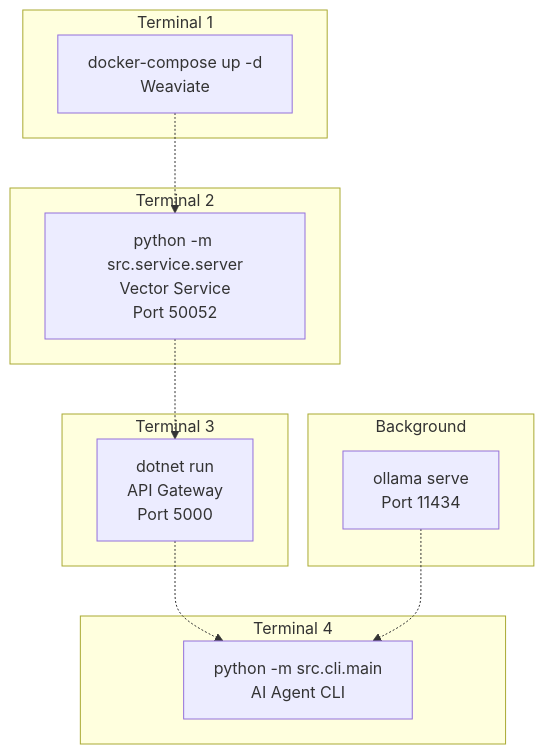
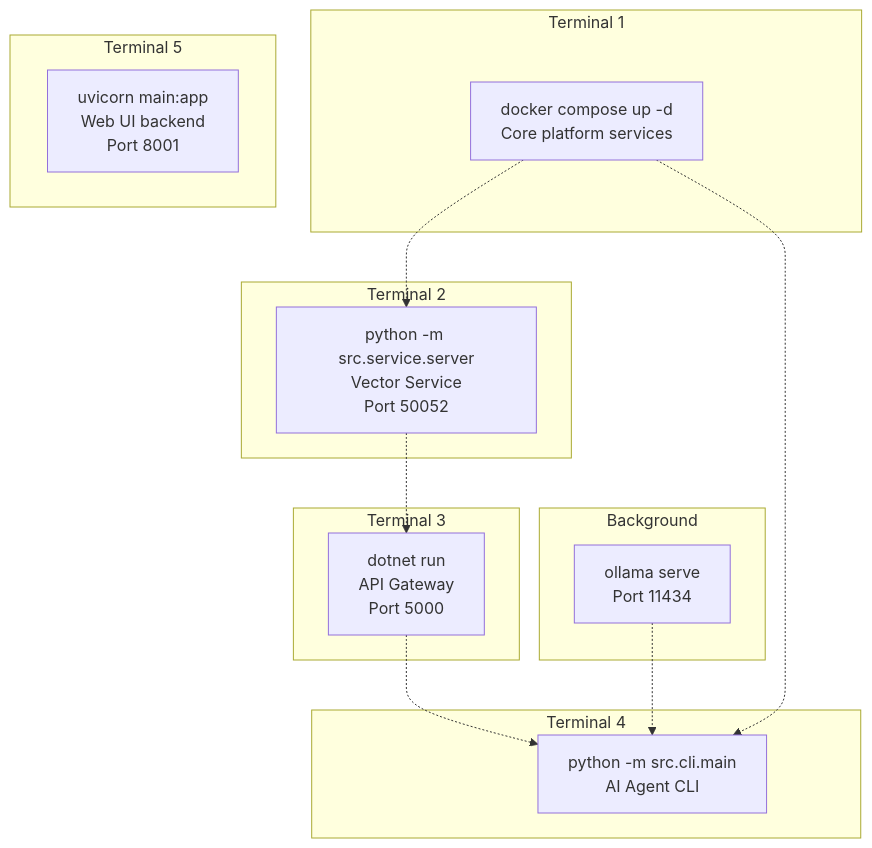
One commit to JessKelly91/IntraMind changed the sixth of 6 diagrams in docs/ARCHITECTURE.md. Above: the diagram before and after it, drawn with Mermaid. The commit also changed other lines of this file and 9 other files, not shown here.

````diff
--- a/docs/ARCHITECTURE.md
+++ b/docs/ARCHITECTURE.md
@@ -359,27 +416,32 @@
 ```mermaid
 graph TB
     subgraph "Terminal 1"
-        DC[docker-compose up -d<br/>Weaviate]
+        DC[docker compose up -d<br/>Core platform services]
     end
     
     subgraph "Terminal 2"
         VS[python -m src.service.server<br/>Vector Service<br/>Port 50052]
     end
     
     subgraph "Terminal 3"
         GW[dotnet run<br/>API Gateway<br/>Port 5000]
     end
     
     subgraph "Terminal 4"
         CLI_RUN[python -m src.cli.main<br/>AI Agent CLI]
     end
+
+    subgraph "Terminal 5"
+        WEB[uvicorn main:app<br/>Web UI backend<br/>Port 8001]
+    end
     
     subgraph "Background"
         OL[ollama serve<br/>Port 11434]
     end
     
     DC -.-> VS
     VS -.-> GW
     GW -.-> CLI_RUN
     OL -.-> CLI_RUN
+    DC -.-> CLI_RUN
 ```
````
